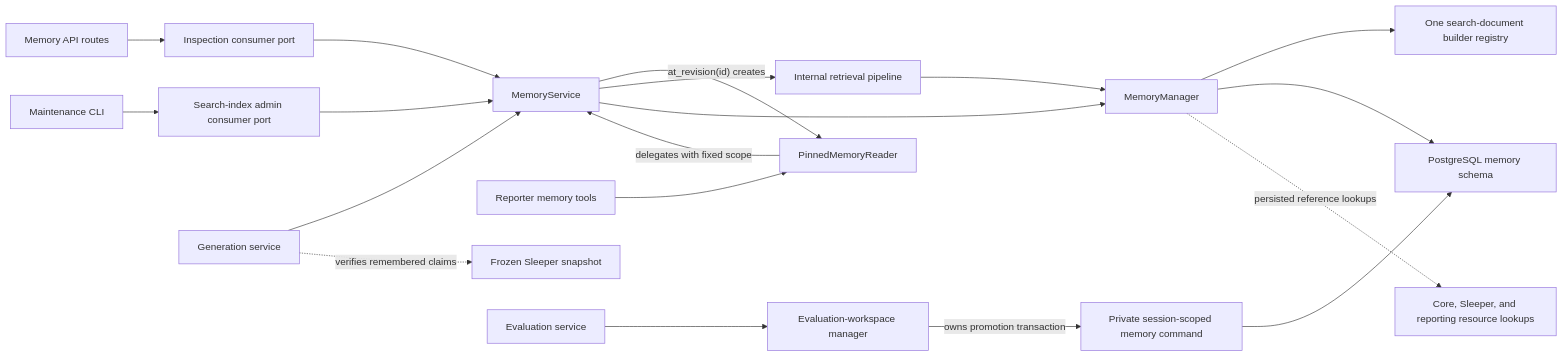
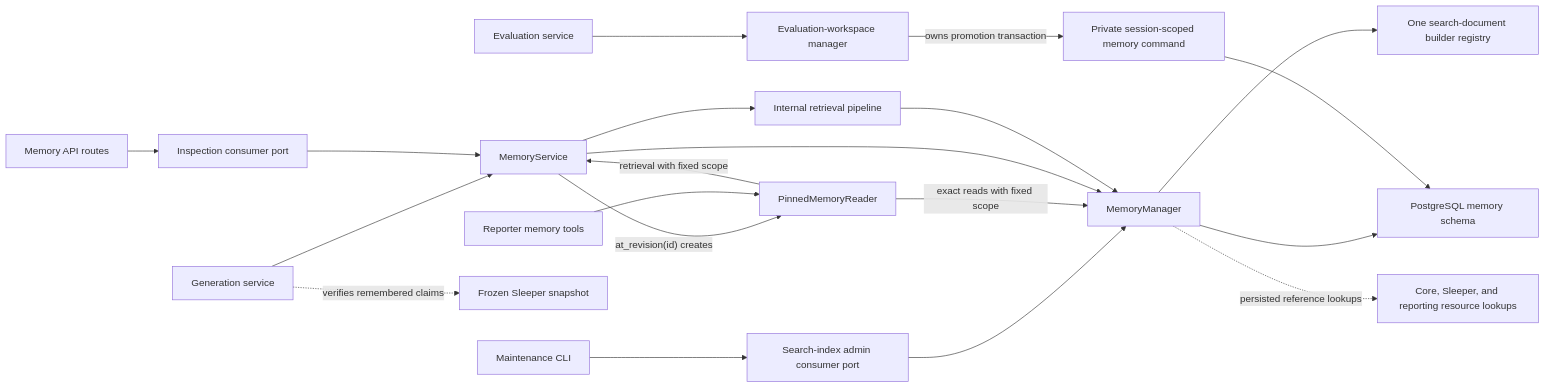
The diagram in docs/memory/service-architecture.md (maxwn04/AIdamShefter-v2), drawn with Mermaid before and after one commit. The commit also changed other lines of this file and 17 other files, not shown here.

Commit message:
feat(memory): add pinned retrieval service

````diff
--- a/docs/memory/service-architecture.md
+++ b/docs/memory/service-architecture.md
@@ -38,25 +38,26 @@
 ```mermaid
 flowchart LR
     API["Memory API routes"] --> Inspector["Inspection consumer port"]
     CLI["Maintenance CLI"] --> Admin["Search-index admin consumer port"]
     Generation["Generation service"] --> Facade["MemoryService"]
     Inspector --> Facade
-    Admin --> Facade
+    Admin --> Manager
 
     Facade -- "at_revision(id) creates" --> Pinned["PinnedMemoryReader"]
     Tools["Reporter memory tools"] --> Pinned
-    Pinned -- "delegates with fixed scope" --> Facade
+    Pinned -- "retrieval with fixed scope" --> Facade
+    Pinned -- "exact reads with fixed scope" --> Manager
 
     Facade --> Retrieval["Internal retrieval pipeline"]
     Facade --> Manager["MemoryManager"]
     Retrieval --> Manager
     Manager --> Builders["One search-document builder registry"]
     Manager --> DB["PostgreSQL memory schema"]
 
     Manager -. "persisted reference lookups" .-> Identity["Core, Sleeper, and reporting resource lookups"]
     Generation -. "verifies remembered claims" .-> Snapshot["Frozen Sleeper snapshot"]
 
     Evaluation["Evaluation service"] --> Workspace["Evaluation-workspace manager"]
     Workspace -- "owns promotion transaction" --> PrivateMemory["Private session-scoped memory command"]
     PrivateMemory --> DB
 ```
````
